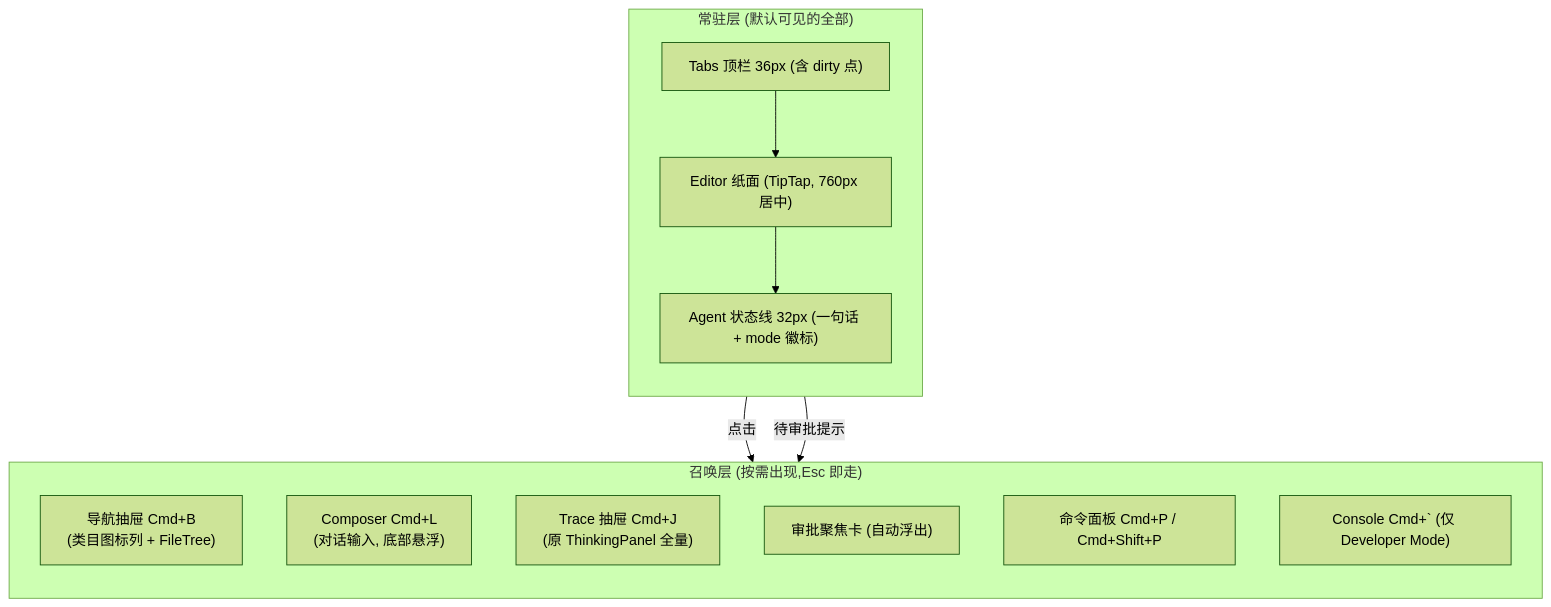
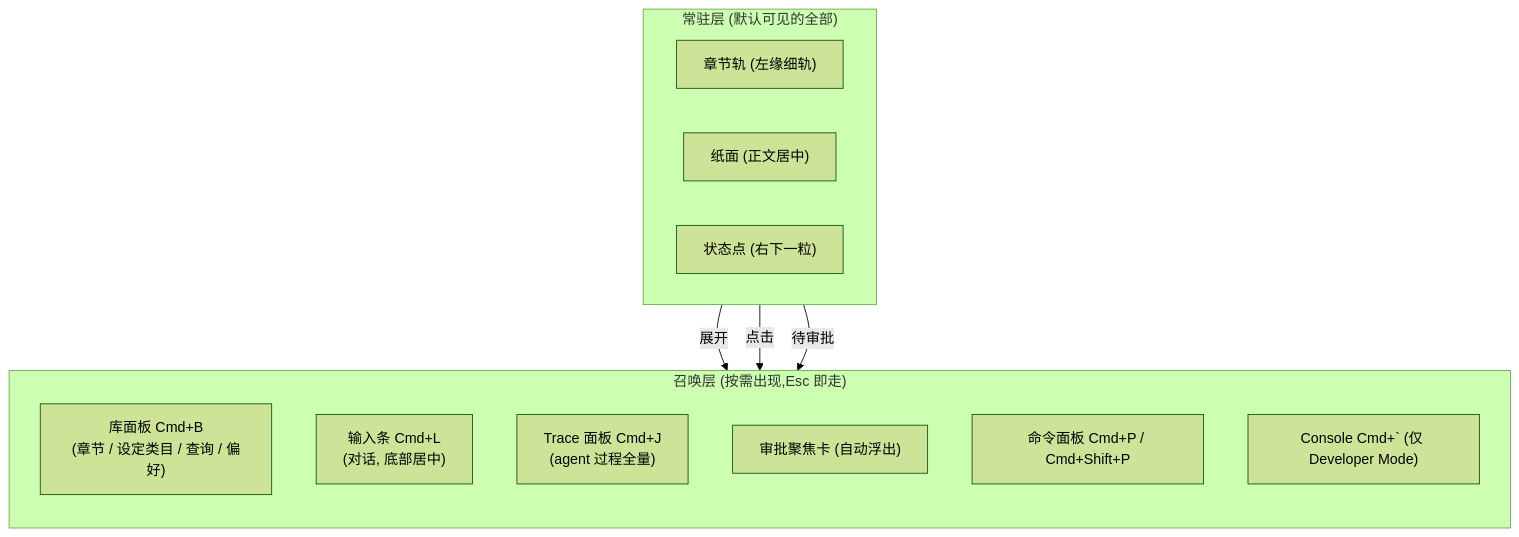
The first of 3 diagrams in plan/07-ui-layout.md (jinhuang712/open-novel), drawn with Mermaid (forest theme) before and after one commit. The commit also changed other lines of this file and 7 other files, not shown here.

First line of the commit message:
design+plan: main UI v3 — chapter rail, paper, presence dot; restrained editorial style

````diff
--- a/plan/07-ui-layout.md
+++ b/plan/07-ui-layout.md
@@ -17,21 +17,21 @@
 ```mermaid
 flowchart TB
   subgraph ALWAYS["常驻层 (默认可见的全部)"]
-    direction TB
-    TABS["Tabs 顶栏 36px (含 dirty 点)"]
-    ED["Editor 纸面 (TipTap, 760px 居中)"]
-    SL["Agent 状态线 32px (一句话 + mode 徽标)"]
-    TABS --> ED --> SL
+    direction LR
+    RAIL["章节轨 (左缘细轨)"]
+    ED["纸面 (正文居中)"]
+    DOT["状态点 (右下一粒)"]
   end
   subgraph SUMMON["召唤层 (按需出现,Esc 即走)"]
     direction TB
-    NAV["导航抽屉 Cmd+B<br/>(类目图标列 + FileTree)"]
-    CMP["Composer Cmd+L<br/>(对话输入, 底部悬浮)"]
-    TRC["Trace 抽屉 Cmd+J<br/>(原 ThinkingPanel 全量)"]
+    LIB["库面板 Cmd+B<br/>(章节 / 设定类目 / 查询 / 偏好)"]
+    CMP["输入条 Cmd+L<br/>(对话, 底部居中)"]
+    TRC["Trace 面板 Cmd+J<br/>(agent 过程全量)"]
     APP["审批聚焦卡 (自动浮出)"]
     PAL["命令面板 Cmd+P / Cmd+Shift+P"]
     CON["Console Cmd+` (仅 Developer Mode)"]
   end
-  SL -- 点击 --> TRC
-  SL -- 待审批提示 --> APP
+  RAIL -- 展开 --> LIB
+  DOT -- 点击 --> TRC
+  DOT -- 待审批 --> APP
 ```
````
